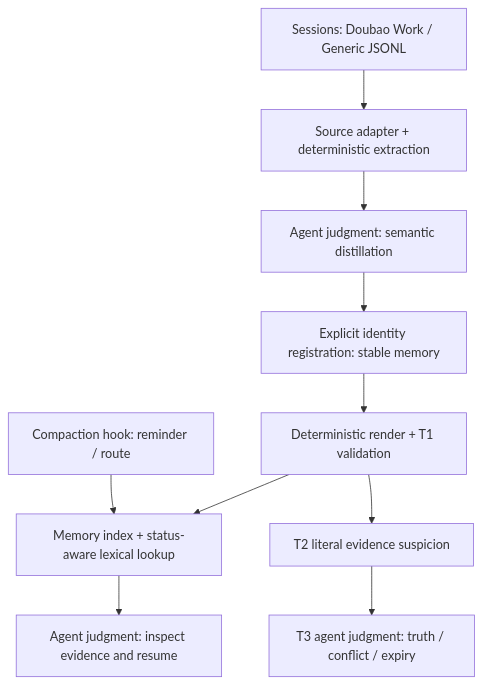
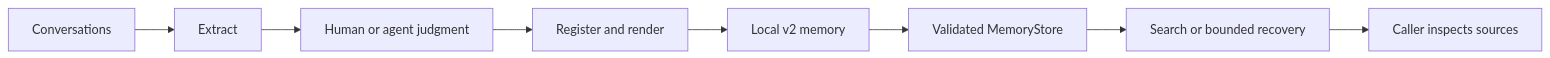
Before and after one commit to Anhao1314/CarryTrace: the diagram in README.md, drawn with Mermaid. The commit also changed other lines of this file and 15 other files, not shown here.

````diff
--- a/README.md
+++ b/README.md
@@ -71,12 +110,10 @@
 ```mermaid
-flowchart TD
-    A[Sessions: Doubao Work / Generic JSONL] --> B[Source adapter + deterministic extraction]
-    B --> C[Agent judgment: semantic distillation]
-    C --> D[Explicit identity registration: stable memory]
-    D --> E[Deterministic render + T1 validation]
-    E --> F[Memory index + status-aware lexical lookup]
-    F --> G[Agent judgment: inspect evidence and resume]
-    H[Compaction hook: reminder / route] --> F
-    E --> I[T2 literal evidence suspicion]
-    I --> J[T3 agent judgment: truth / conflict / expiry]
+flowchart LR
+    A[Conversations] --> B[Extract]
+    B --> C[Human or agent judgment]
+    C --> D[Register and render]
+    D --> E[Local v2 memory]
+    E --> F[Validated MemoryStore]
+    F --> G[Search or bounded recovery]
+    G --> H[Caller inspects sources]
 ```
````
